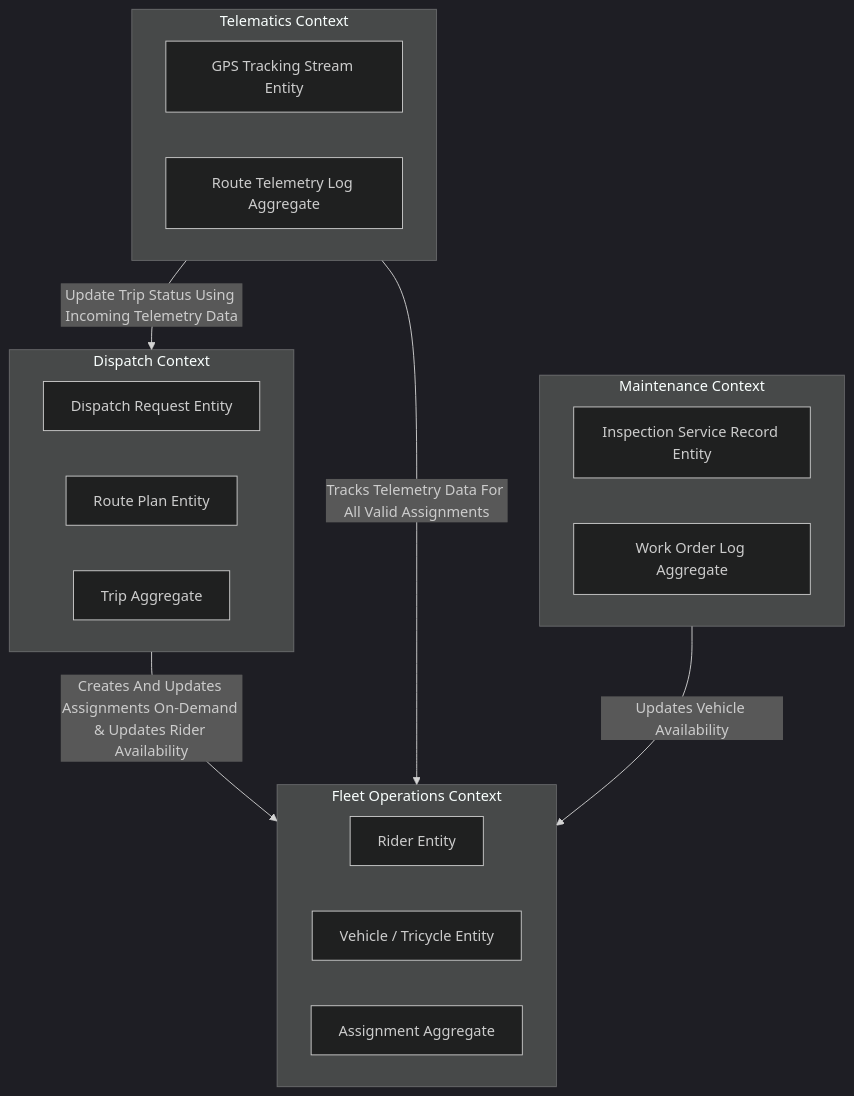
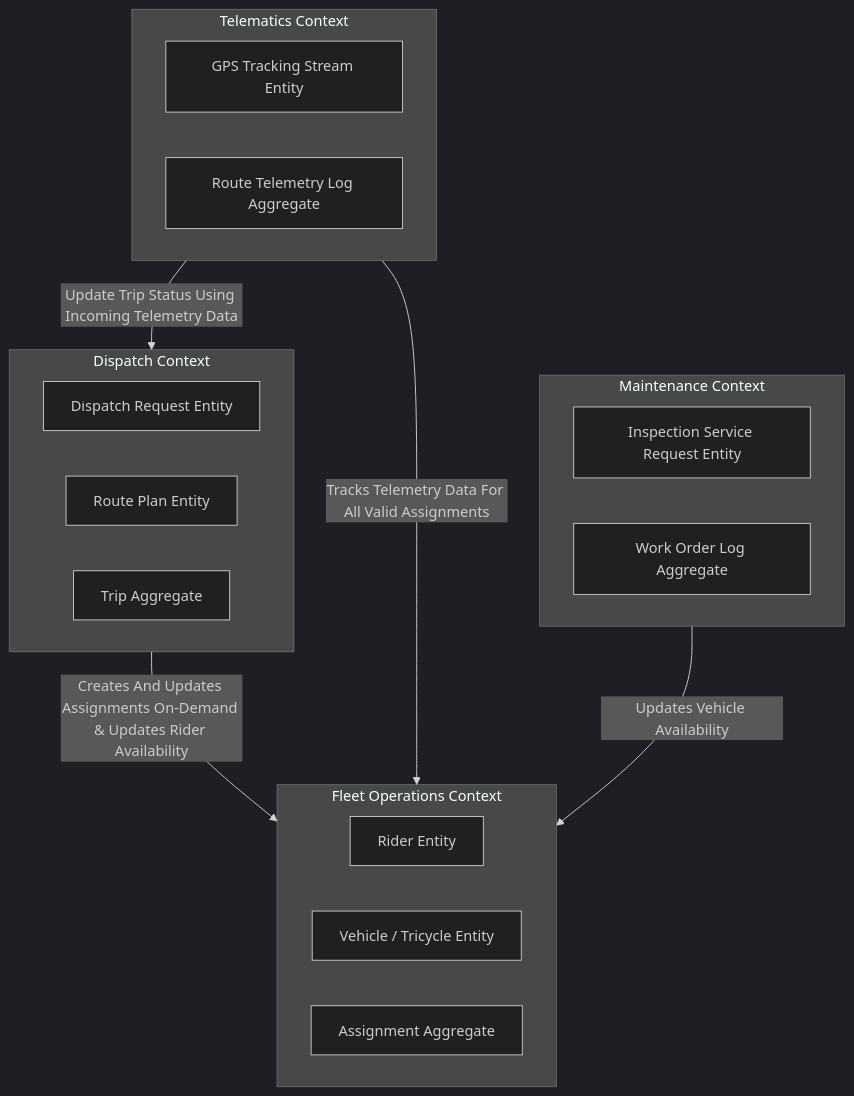
The diagram in context_map.mermaid (isocroft/fleet-management-ontology), drawn with Mermaid (dark theme) before and after one commit.

Commit message:
wip(ontology): renamed Inspection Service Record to Request Entity

```diff
--- a/context_map.mermaid
+++ b/context_map.mermaid
@@ -1,28 +1,28 @@
 graph TD
     subgraph fleet [Fleet Operations Context]
         D[Rider Entity]
         V[Vehicle / Tricycle Entity]
         A[Assignment Aggregate]
     end 
 
     subgraph telematics [Telematics Context]
         GT[GPS Tracking Stream Entity]
         RT[Route Telemetry Log Aggregate]
     end
 
     subgraph maintenance [Maintenance Context]
-        SR[Inspection Service Record Entity]
+        ISR[Inspection Service Request Entity]
         WO[Work Order Log Aggregate]
     end
 
     subgraph dispatch [Dispatch Context]
         DR[Dispatch Request Entity]
         RP[Route Plan Entity]
         TR[Trip Aggregate]
     end
 
     %% Clean connection syntax using short IDs
     dispatch -->|Creates And Updates Assignments On-Demand & Updates Rider Availability| fleet
     telematics -->|Tracks Telemetry Data For All Valid Assignments| fleet
     telematics -->|Update Trip Status Using Incoming Telemetry Data| dispatch
     maintenance -->|Updates Vehicle Availability| fleet
```
